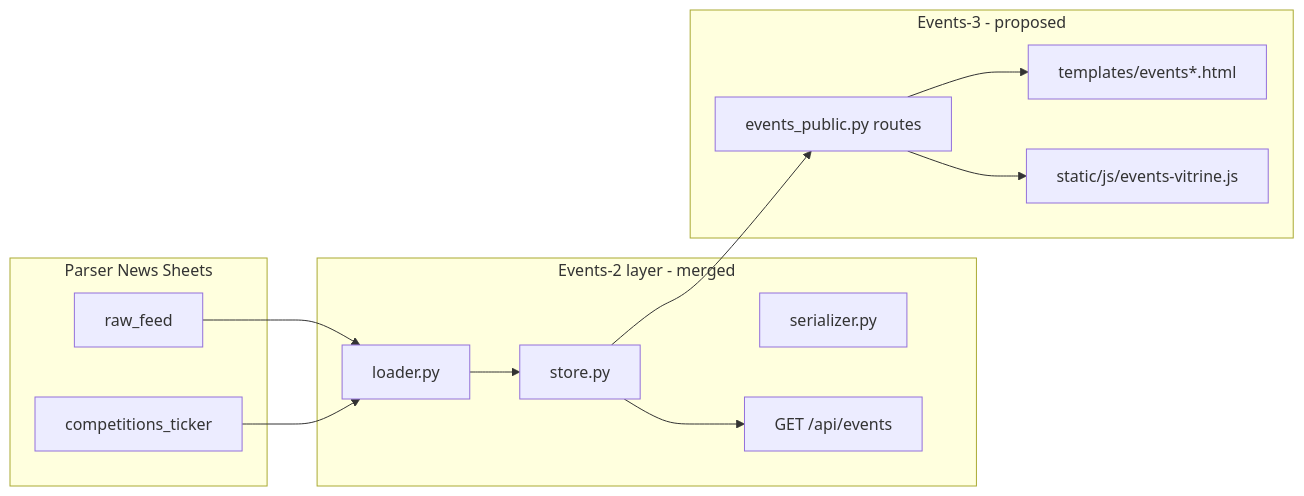
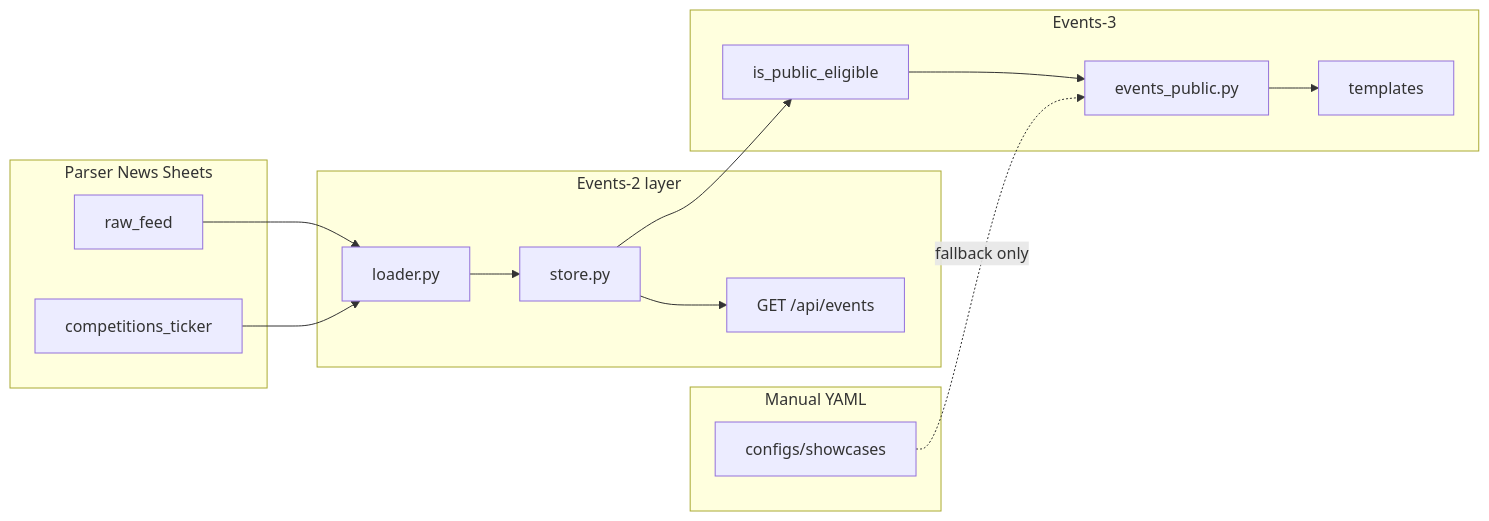
Before and after one commit to YaroslavValeev/TGK_MyWave_Site: the diagram in docs/integration/EVENTS_PR3_PUBLIC_UI_PACKAGE.md, drawn with Mermaid. The commit also changed other lines of this file, not shown here.

First line of the commit message:
docs(events): apply GM corrections to Events-3 package

````diff
--- a/docs/integration/EVENTS_PR3_PUBLIC_UI_PACKAGE.md
+++ b/docs/integration/EVENTS_PR3_PUBLIC_UI_PACKAGE.md
@@ -108,25 +117,28 @@
 ```mermaid
 flowchart LR
   subgraph sheets [Parser News Sheets]
     RF[raw_feed]
     CT[competitions_ticker]
   end
-  subgraph events2 [Events-2 layer - merged]
+  subgraph yaml [Manual YAML]
+    Y[configs/showcases]
+  end
+  subgraph events2 [Events-2 layer]
     L[loader.py]
     S[store.py]
-    SER[serializer.py]
     API["GET /api/events"]
   end
-  subgraph events3 [Events-3 - proposed]
-    R[events_public.py routes]
-    T[templates/events*.html]
-    JS[static/js/events-vitrine.js]
+  subgraph events3 [Events-3]
+    PE[is_public_eligible]
+    R[events_public.py]
+    T[templates]
   end
   RF --> L
   CT --> L
   L --> S
   S --> API
-  S --> R
+  S --> PE
+  PE --> R
+  Y -.->|fallback only| R
   R --> T
-  R --> JS
 ```
````
